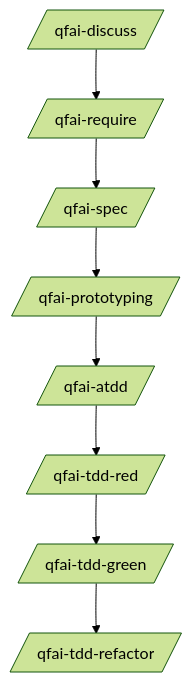
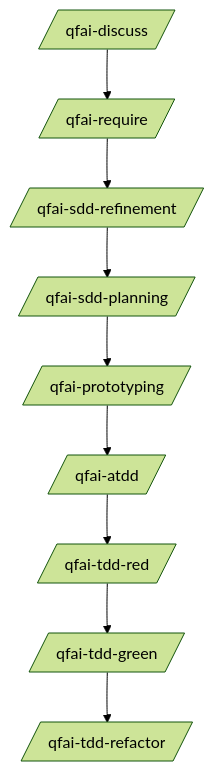
One commit to aganesy/QFAI changed the diagram in packages/qfai/assets/init/.qfai/README.md. Above: the diagram before and after it, drawn with Mermaid (forest theme). The commit also changed other lines of this file and 30 other files, not shown here.

Commit message:
feat: add sdd refinement/planning assets and docs

````diff
--- a/packages/qfai/assets/init/.qfai/README.md
+++ b/packages/qfai/assets/init/.qfai/README.md
@@ -15,10 +15,11 @@
 ```mermaid
 flowchart TD
   A[/qfai-discuss/] --> B[/qfai-require/]
-  B --> C[/qfai-spec/]
-  C --> D[/qfai-prototyping/]
-  D --> E[/qfai-atdd/]
-  E --> F[/qfai-tdd-red/]
-  F --> G[/qfai-tdd-green/]
-  G --> H[/qfai-tdd-refactor/]
+  B --> C[/qfai-sdd-refinement/]
+  C --> D[/qfai-sdd-planning/]
+  D --> E[/qfai-prototyping/]
+  E --> F[/qfai-atdd/]
+  F --> G[/qfai-tdd-red/]
+  G --> H[/qfai-tdd-green/]
+  H --> I[/qfai-tdd-refactor/]
 ```
````
